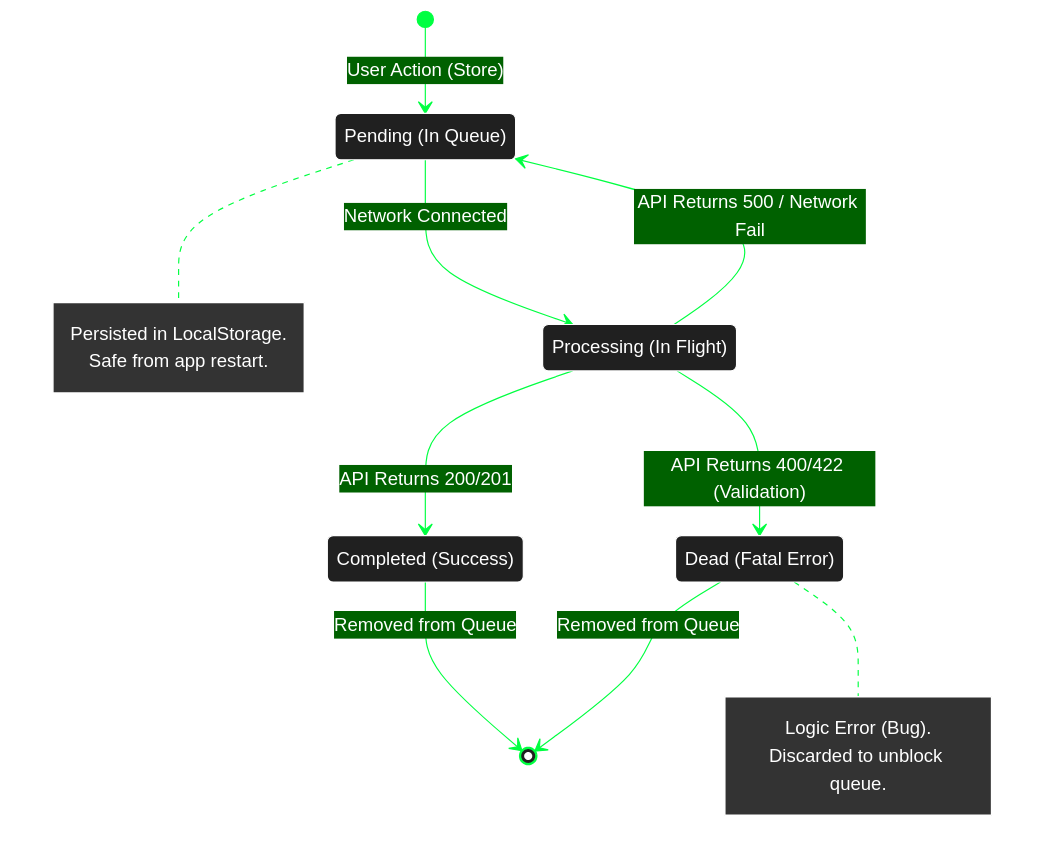
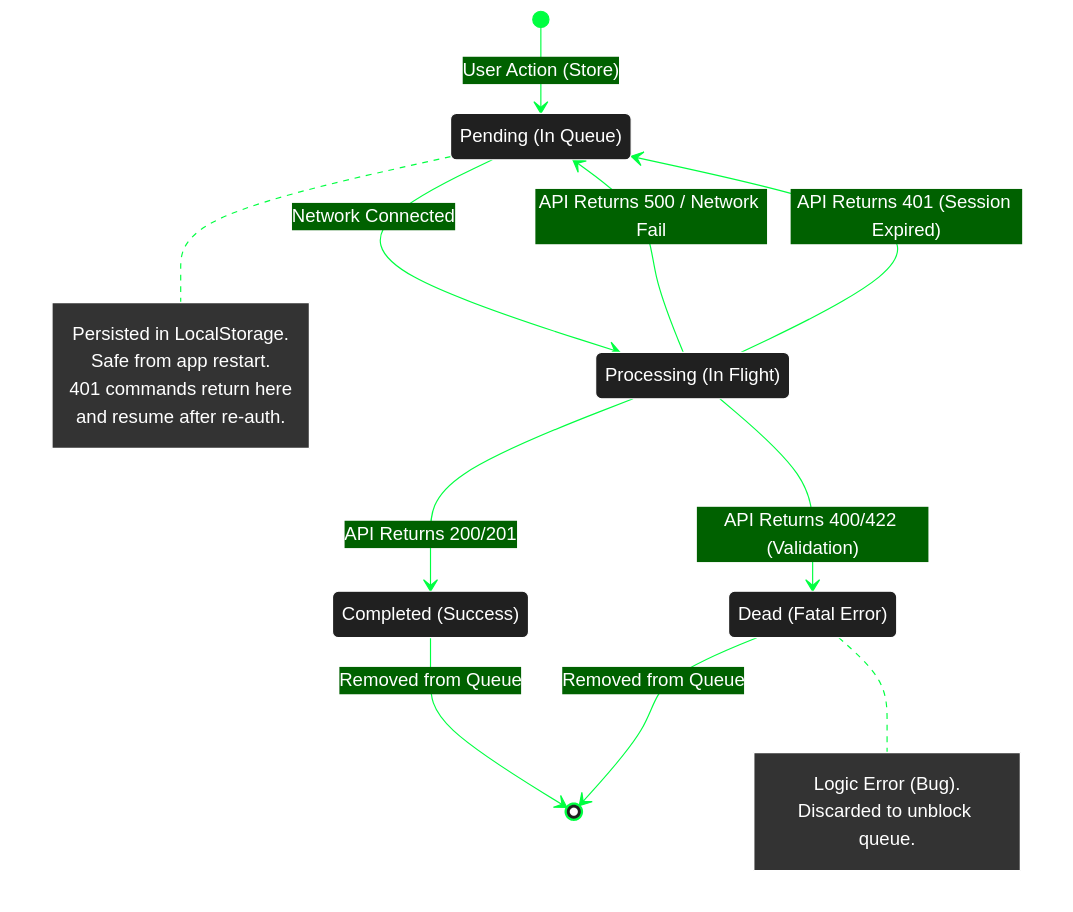
One commit to michaelgreenl/tally-tracker changed the diagram in server/docs/diagrams/lifecycle/mutation-command.md. Above: the diagram before and after it, drawn with Mermaid. The commit also changed 6 other files, not shown here.

Commit message:
docs: adding refresh token diagrams and auth flow updates

````diff
--- a/server/docs/diagrams/lifecycle/mutation-command.md
+++ b/server/docs/diagrams/lifecycle/mutation-command.md
@@ -3,45 +3,48 @@
 ```mermaid
 %%{
   init: {
     'theme': 'base',
     'themeVariables': {
       'primaryColor': '#202020',
       'primaryTextColor': '#fff',
       'primaryBorderColor': '#ffffff',
       'lineColor': '#00ff41',
       'secondaryColor': '#006100',
       'tertiaryColor': '#fff',
       'noteBkgColor': '#333', 
       'noteTextColor': '#fff',
       'noteBorderColor': '#fff'
     }
   }
 }%%
 
 stateDiagram-v2
     [*] --> Pending: User Action (Store)
     
     state "Pending (In Queue)" as Pending
     state "Processing (In Flight)" as Processing
     state "Completed (Success)" as Completed
     state "Dead (Fatal Error)" as Dead
 
     Pending --> Processing: Network Connected
     
     Processing --> Completed: API Returns 200/201
     Processing --> Pending: API Returns 500 / Network Fail
+    Processing --> Pending: API Returns 401 (Session Expired)
     Processing --> Dead: API Returns 400/422 (Validation)
 
     Completed --> [*]: Removed from Queue
     Dead --> [*]: Removed from Queue
     
     note right of Pending
         Persisted in LocalStorage.
         Safe from app restart.
+        401 commands return here
+        and resume after re-auth.
     end note
 
     note right of Dead
         Logic Error (Bug).
         Discarded to unblock queue.
     end note
 ```
````
